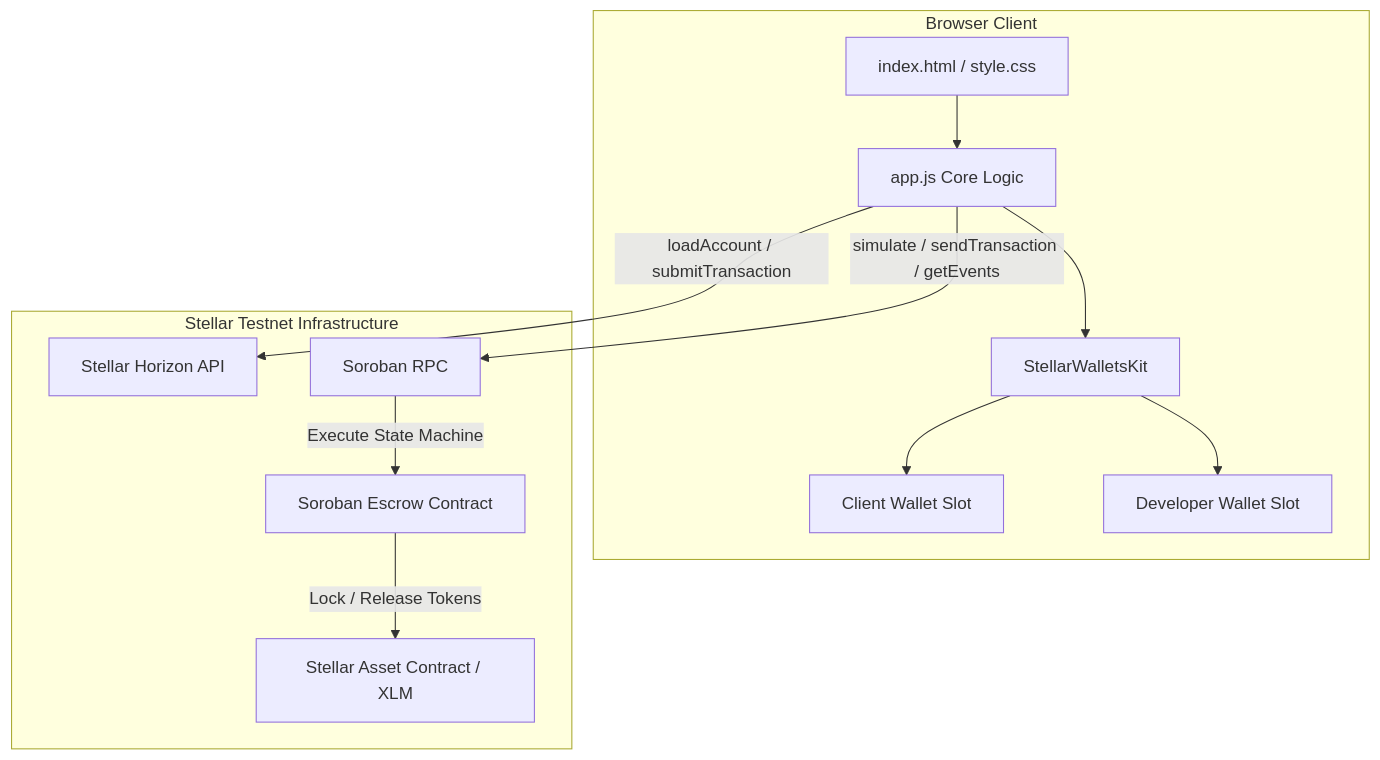
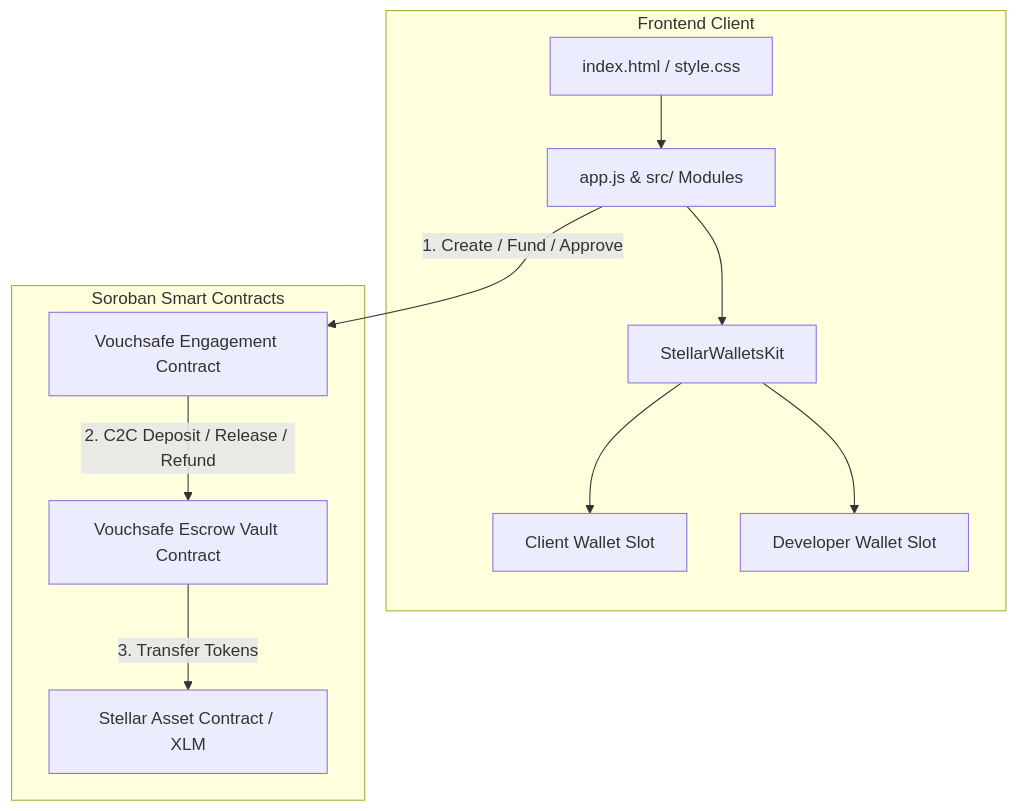
Before and after one commit to dollyraikwarr/Vouchsafe: the diagram in README.md, drawn with Mermaid. The commit also changed other lines of this file, not shown here.

````diff
--- a/README.md
+++ b/README.md
@@ -55,27 +57,25 @@
 ```mermaid
 graph TD
-    subgraph Browser Client
+    subgraph Frontend Client
         UI[index.html / style.css]
-        App[app.js Core Logic]
+        App[app.js & src/ Modules]
         SWK[StellarWalletsKit]
         ClientSlot[Client Wallet Slot]
         DevSlot[Developer Wallet Slot]
     end
 
-    subgraph Stellar Testnet Infrastructure
-        Horizon[Stellar Horizon API]
-        RPC[Soroban RPC]
-        Contract[Soroban Escrow Contract]
+    subgraph Soroban Smart Contracts
+        EngagementContract[Vouchsafe Engagement Contract]
+        VaultContract[Vouchsafe Escrow Vault Contract]
         SAC[Stellar Asset Contract / XLM]
     end
 
     UI --> App
     App --> SWK
     SWK --> ClientSlot
     SWK --> DevSlot
     
-    App -->|loadAccount / submitTransaction| Horizon
-    App -->|simulate / sendTransaction / getEvents| RPC
-    RPC -->|Execute State Machine| Contract
-    Contract -->|Lock / Release Tokens| SAC
+    App -->|1. Create / Fund / Approve| EngagementContract
+    EngagementContract -->|2. C2C Deposit / Release / Refund| VaultContract
+    VaultContract -->|3. Transfer Tokens| SAC
 ```
````
